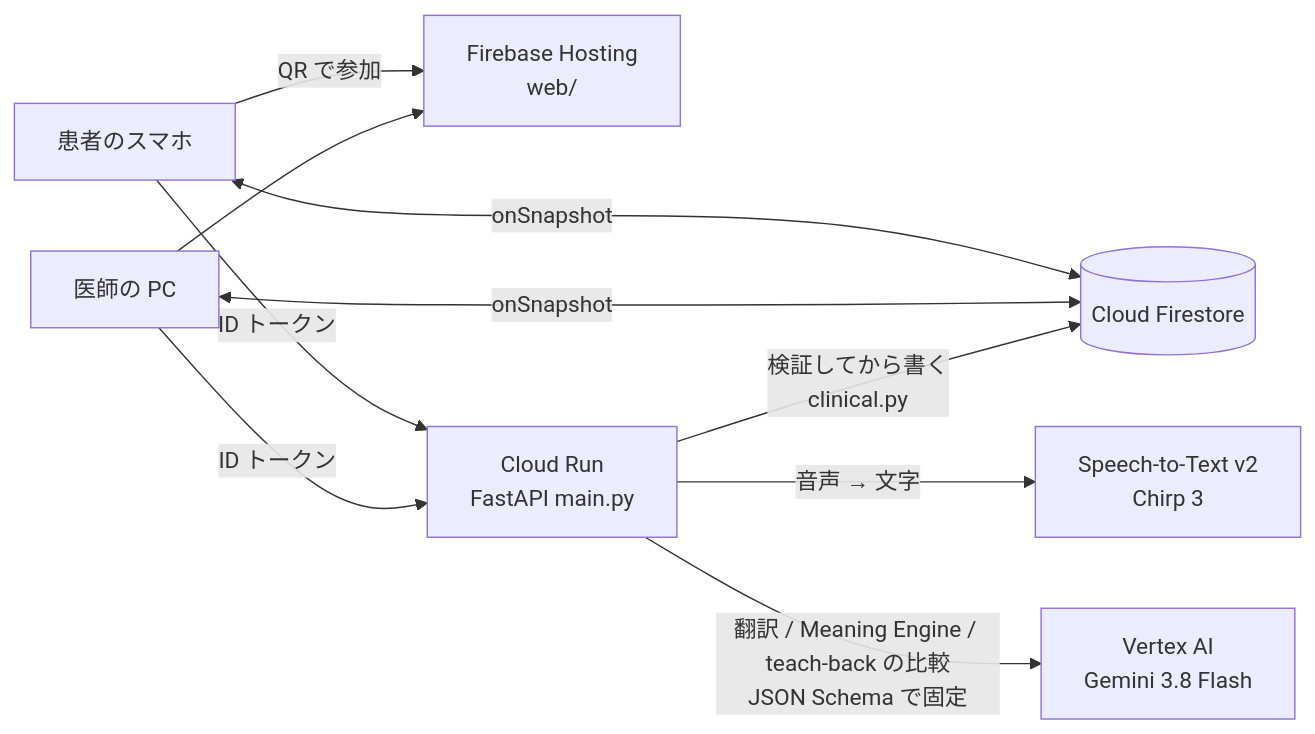
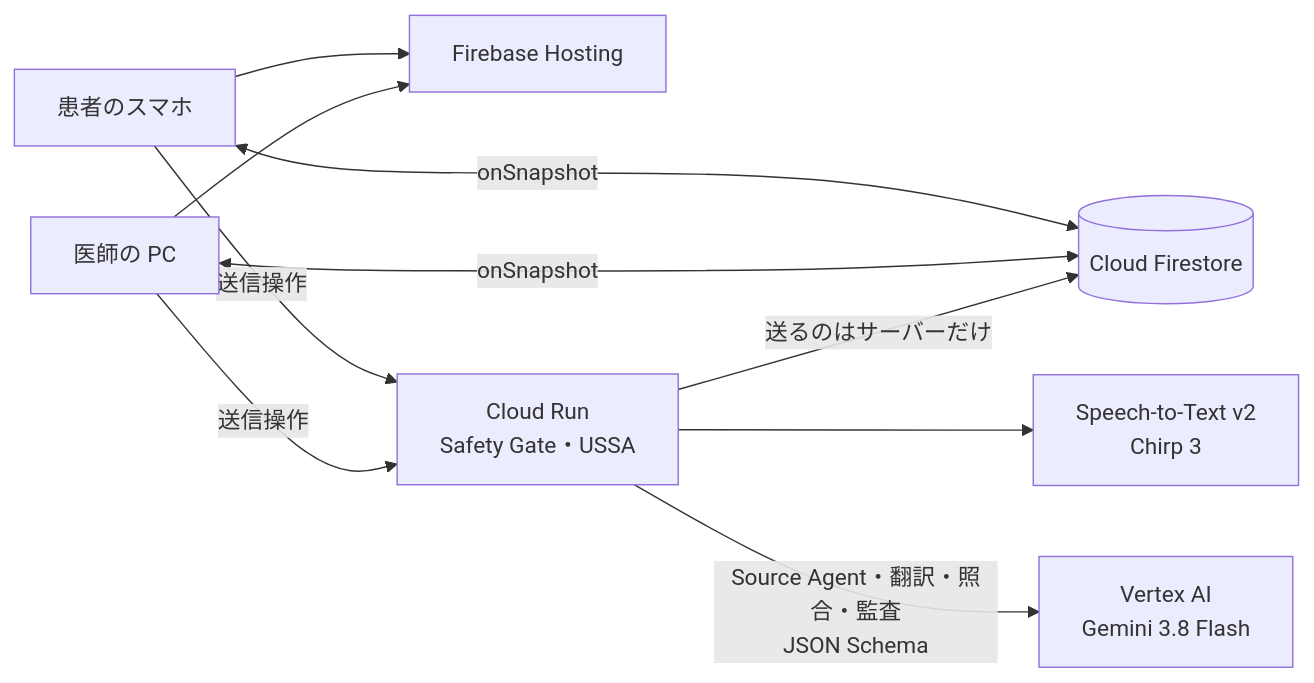
One commit to Devfest-Hackathon-2026/df-2026-t085 changed the diagram in README.md. Above: the diagram before and after it, drawn with Mermaid. The commit also changed other lines of this file and 9 other files, not shown here.

First line of the commit message:
ドキュメントを UNSAID 2.0（USSA）に更新・スモークテストを Safety Gate の流れに

````diff
--- a/README.md
+++ b/README.md
@@ -44,12 +44,12 @@
 ```mermaid
 flowchart LR
-  P[患者のスマホ] -- QR で参加 --> H[Firebase Hosting<br/>web/]
+  P[患者のスマホ] --> H[Firebase Hosting]
   D[医師の PC] --> H
   P <-- onSnapshot --> F[(Cloud Firestore)]
   D <-- onSnapshot --> F
-  P -- ID トークン --> R[Cloud Run<br/>FastAPI main.py]
-  D -- ID トークン --> R
-  R -- 音声 → 文字 --> S[Speech-to-Text v2<br/>Chirp 3]
-  R -- 翻訳 / Meaning Engine / teach-back の比較<br/>JSON Schema で固定 --> G[Vertex AI<br/>Gemini 3.8 Flash]
-  R -- 検証してから書く<br/>clinical.py --> F
+  P -- 送信操作 --> R[Cloud Run<br/>Safety Gate・USSA]
+  D -- 送信操作 --> R
+  R --> S[Speech-to-Text v2<br/>Chirp 3]
+  R -- Source Agent・翻訳・照合・監査<br/>JSON Schema --> G[Vertex AI<br/>Gemini 3.8 Flash]
+  R -- 送るのはサーバーだけ --> F
 ```
````
